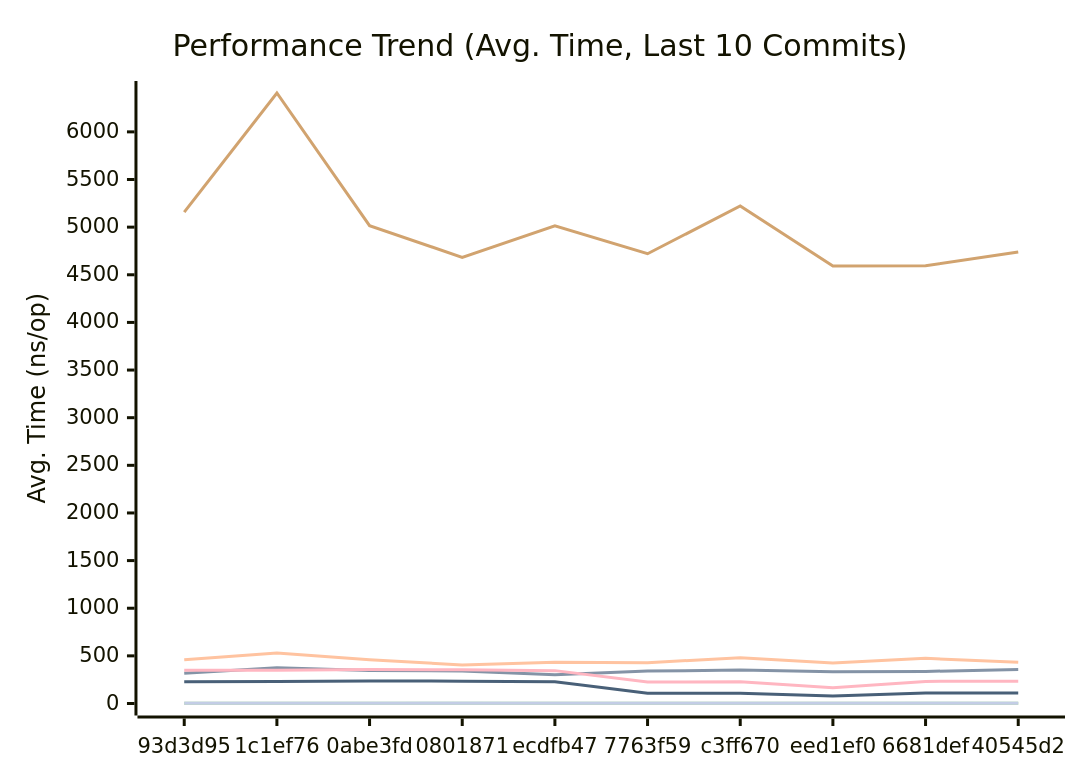
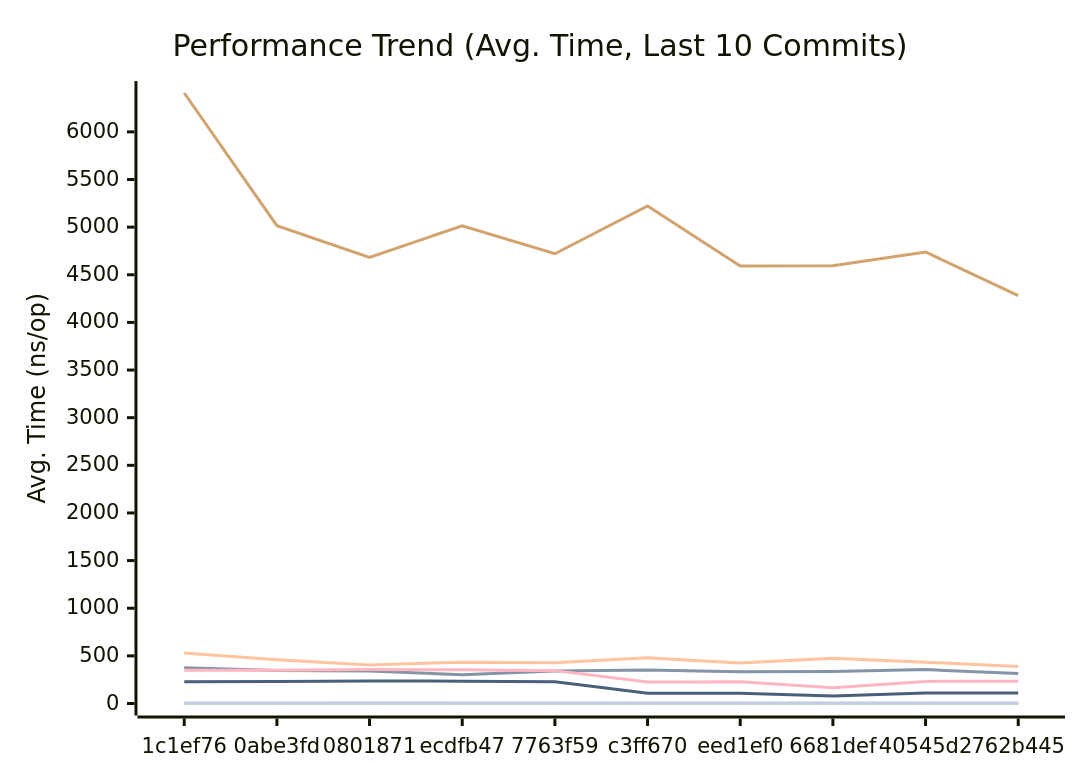
Before and after one commit to alsotoes/momo: the first of 3 diagrams in docs/PERFORMANCE.md, drawn with Mermaid. The commit also changed other lines of this file and 3 other files, not shown here.

````diff
--- a/docs/PERFORMANCE.md
+++ b/docs/PERFORMANCE.md
@@ -80,16 +80,16 @@
 ```mermaid
 xychart-beta
     title "Performance Trend (Avg. Time, Last 10 Commits)"
     x-axis "Commit"
     y-axis "Avg. Time (ns/op)"
-    x-axis [93d3d95,1c1ef76,0abe3fd,0801871,ecdfb47,7763f59,c3ff670,eed1ef0,6681def,40545d2]
-    line "CheckMetricsAndSwap" [8,8,8,11,9,9,8,9,10,9]
-    line "CrushOptimized" [317,376,346,342,303,340,351,332,337,356]
-    line "CrushOriginal" [458,531,458,405,434,429,480,425,474,434]
-    line "IndexDirectTracking" [0,0,0,1,0,0,0,0,0,0]
+    x-axis [1c1ef76,0abe3fd,0801871,ecdfb47,7763f59,c3ff670,eed1ef0,6681def,40545d2,762b445]
+    line "CheckMetricsAndSwap" [8,8,11,9,9,8,9,10,9,7]
+    line "CrushOptimized" [376,346,342,303,340,351,332,337,356,316]
+    line "CrushOriginal" [531,458,405,434,429,480,425,474,434,388]
+    line "IndexDirectTracking" [0,0,1,0,0,0,0,0,0,0]
     line "IndexSearch" [2,2,2,2,2,2,2,2,2,2]
-    line "LoadGlobalConfig" [5157,6408,5015,4683,5014,4721,5222,4592,4595,4739]
+    line "LoadGlobalConfig" [6408,5015,4683,5014,4721,5222,4592,4595,4739,4281]
     line "PadString" [2,2,2,2,2,2,2,2,2,2]
     line "ParseReplicationOrder_NoPrealloc" [350,349,357,354,345,225,229,165,232,234]
     line "ParseReplicationOrder_Prealloc" [229,231,237,234,229,108,107,80,110,109]
 ```
````
